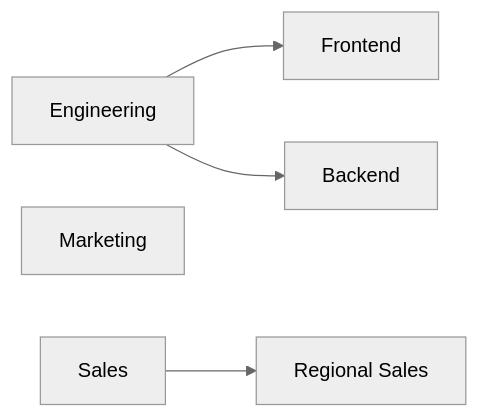
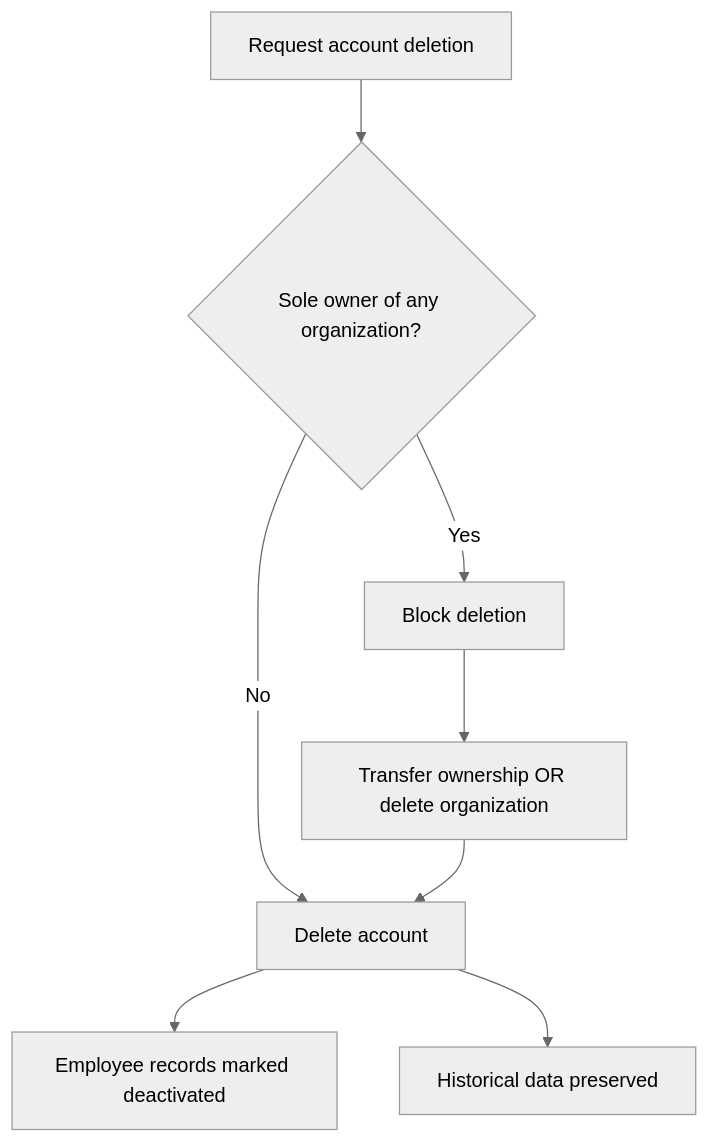
The third of 10 diagrams in z-ai/glm-5/erp/docs/analysis/03-functional-requirements.md (wrtnlabs/autobe-examples), drawn with Mermaid (neutral theme) before and after one commit. The commit also changed other lines of this file and 3761 other files, not shown here.

````diff
--- a/z-ai/glm-5/erp/docs/analysis/03-functional-requirements.md
+++ b/z-ai/glm-5/erp/docs/analysis/03-functional-requirements.md
@@ -463,7 +82,10 @@
 ```mermaid
-flowchart LR
-    A["Engineering"] --> B["Frontend"]
-    A --> C["Backend"]
-    D["Marketing"]
-    E["Sales"] --> F["Regional Sales"]
+flowchart TD
+    A["Request account deletion"] --> B{"Sole owner of any organization?"}
+    B -->|"No"| C["Delete account"]
+    B -->|"Yes"| D["Block deletion"]
+    D --> E["Transfer ownership OR delete organization"]
+    E --> C
+    C --> F["Employee records marked deactivated"]
+    C --> G["Historical data preserved"]
 ```
````
